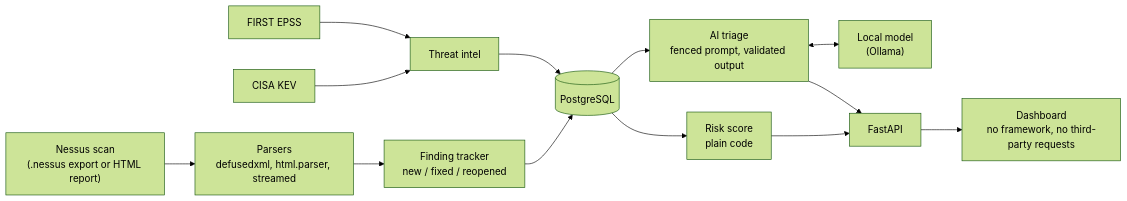
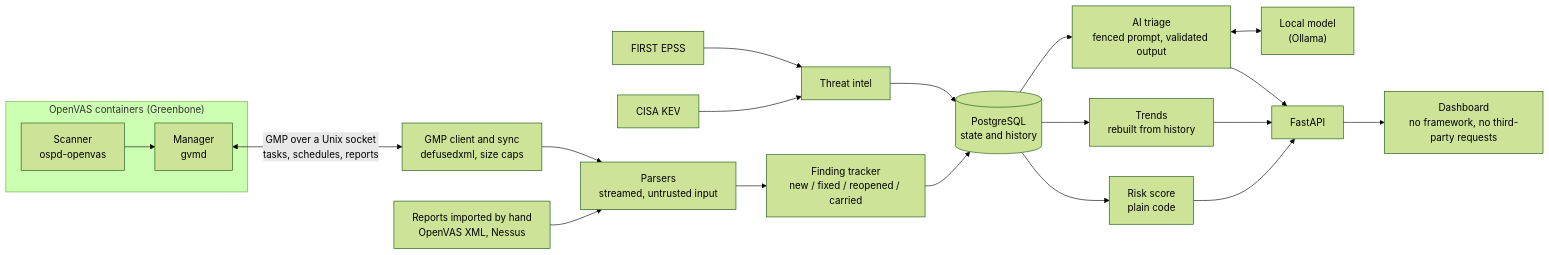
One commit to oskker/homelab-vuln-dashboard changed the diagram in README.md. Above: the diagram before and after it, drawn with Mermaid (forest theme). The commit also changed other lines of this file and 56 other files, not shown here.

Commit message:
Version 0.2.0: OpenVAS, scan history and trends

````diff
--- a/README.md
+++ b/README.md
@@ -78,15 +111,22 @@
 ```mermaid
 flowchart LR
-    nessus["Nessus scan<br/>(.nessus export or HTML report)"] --> parser["Parsers<br/>defusedxml, html.parser, streamed"]
-    parser --> tracker["Finding tracker<br/>new / fixed / reopened"]
-    tracker --> db[("PostgreSQL")]
+    subgraph greenbone["OpenVAS containers (Greenbone)"]
+        scanner["Scanner<br/>ospd-openvas"] --> gvmd["Manager<br/>gvmd"]
+    end
+    gvmd <-->|"GMP over a Unix socket<br/>tasks, schedules, reports"| sync["GMP client and sync<br/>defusedxml, size caps"]
+    files["Reports imported by hand<br/>OpenVAS XML, Nessus"] --> parser
+    sync --> parser["Parsers<br/>streamed, untrusted input"]
+    parser --> tracker["Finding tracker<br/>new / fixed / reopened / carried"]
+    tracker --> db[("PostgreSQL<br/>state and history")]
     kev["CISA KEV"] --> intel["Threat intel"]
     epss["FIRST EPSS"] --> intel
     intel --> db
     db --> risk["Risk score<br/>plain code"]
+    db --> trends["Trends<br/>rebuilt from history"]
     db --> triage["AI triage<br/>fenced prompt, validated output"]
     triage <--> ollama["Local model<br/>(Ollama)"]
     risk --> api["FastAPI"]
+    trends --> api
     triage --> api
     api --> ui["Dashboard<br/>no framework, no third-party requests"]
 ```
````
